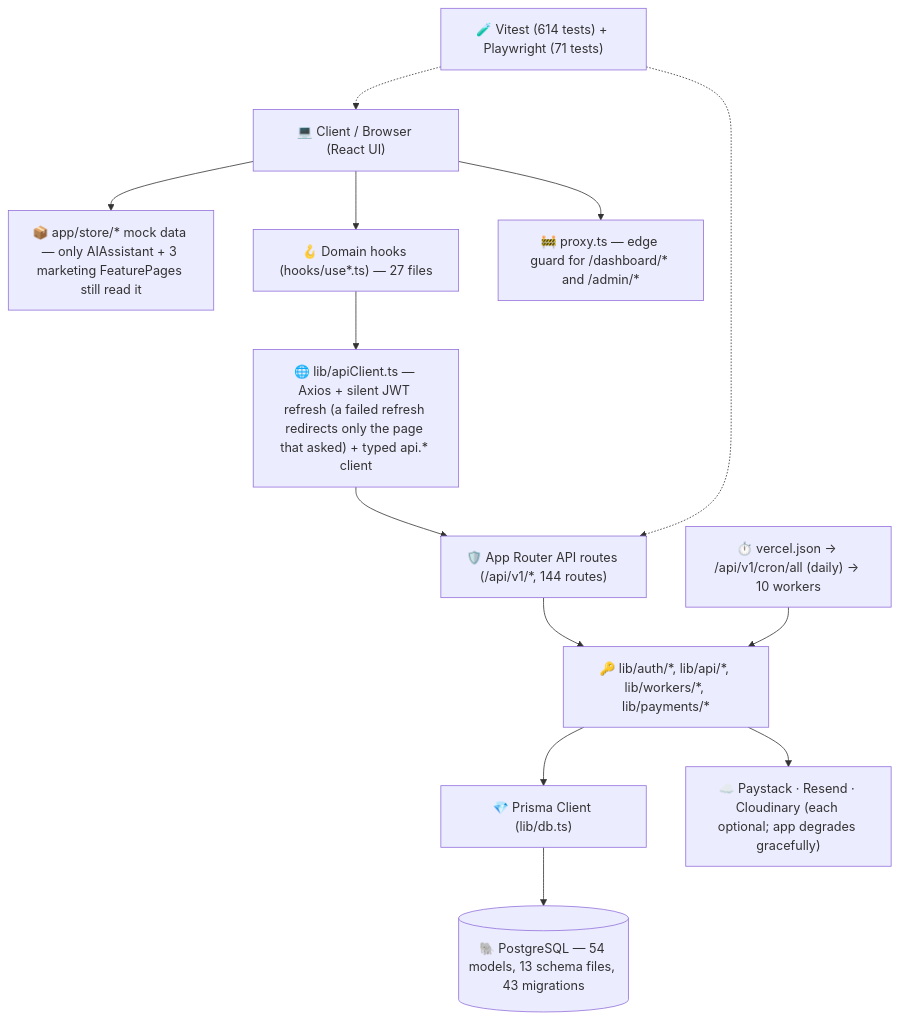
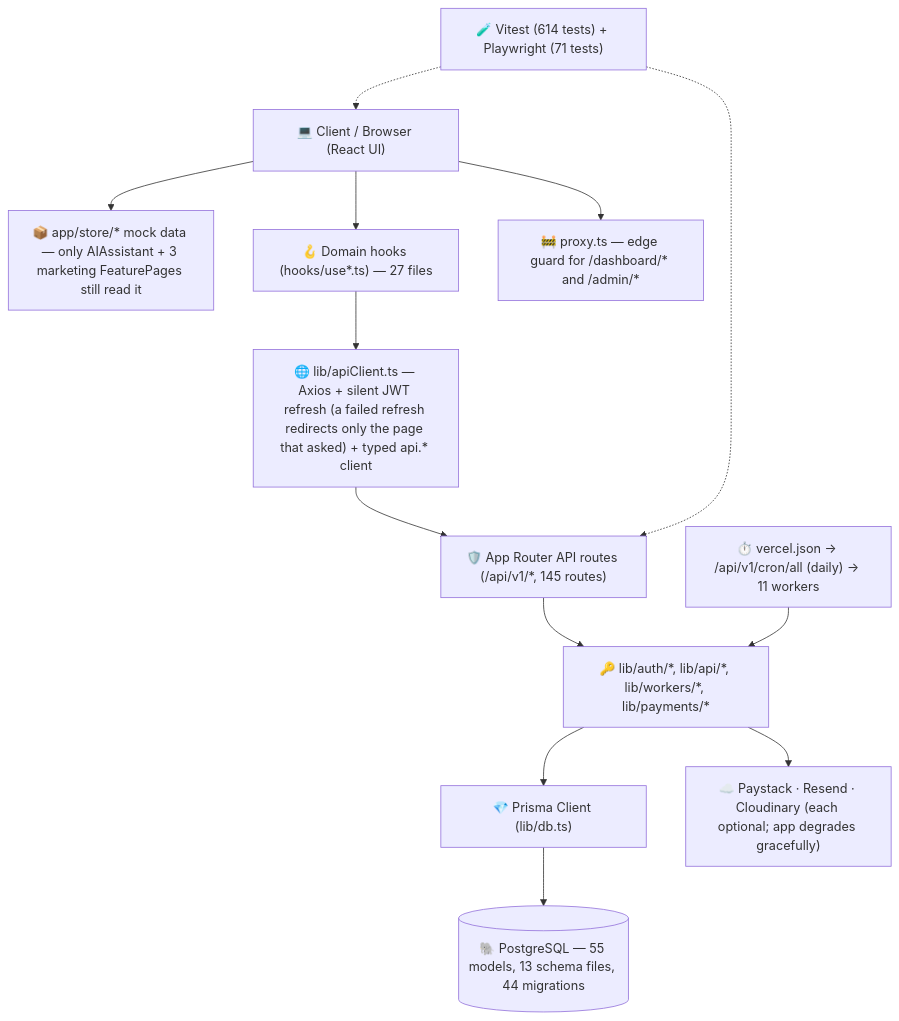
The diagram in PROJECT_STRUCTURE.md (Proplity/proplity), drawn with Mermaid before and after one commit. The commit also changed other lines of this file and 32 other files, not shown here.

````diff
--- a/PROJECT_STRUCTURE.md
+++ b/PROJECT_STRUCTURE.md
@@ -11,28 +11,28 @@
 ```mermaid
 graph TD
     Client["💻 Client / Browser (React UI)"]
     Store["📦 app/store/* mock data — only AIAssistant + 3 marketing FeaturePages still read it"]
     Hooks["🪝 Domain hooks (hooks/use*.ts) — 27 files"]
     ApiClient["🌐 lib/apiClient.ts — Axios + silent JWT refresh (a failed refresh redirects only the page that asked) + typed api.* client"]
     Proxy["🚧 proxy.ts — edge guard for /dashboard/* and /admin/*"]
-    NextApi["🛡️ App Router API routes (/api/v1/*, 144 routes)"]
+    NextApi["🛡️ App Router API routes (/api/v1/*, 145 routes)"]
     LibCore["🔑 lib/auth/*, lib/api/*, lib/workers/*, lib/payments/*"]
     PrismaClient["💎 Prisma Client (lib/db.ts)"]
-    Postgres[("🐘 PostgreSQL — 54 models, 13 schema files, 43 migrations")]
-    Cron["⏱️ vercel.json → /api/v1/cron/all (daily) → 10 workers"]
+    Postgres[("🐘 PostgreSQL — 55 models, 13 schema files, 44 migrations")]
+    Cron["⏱️ vercel.json → /api/v1/cron/all (daily) → 11 workers"]
     Ext["☁️ Paystack · Resend · Cloudinary (each optional; app degrades gracefully)"]
     Tests["🧪 Vitest (614 tests) + Playwright (71 tests)"]
 
     Client --> Store
     Client --> Proxy
     Client --> Hooks
     Hooks --> ApiClient
     ApiClient --> NextApi
     NextApi --> LibCore
     LibCore --> PrismaClient
     LibCore --> Ext
     Cron --> LibCore
     PrismaClient --> Postgres
     Tests -.-> NextApi
     Tests -.-> Client
 ```
````
